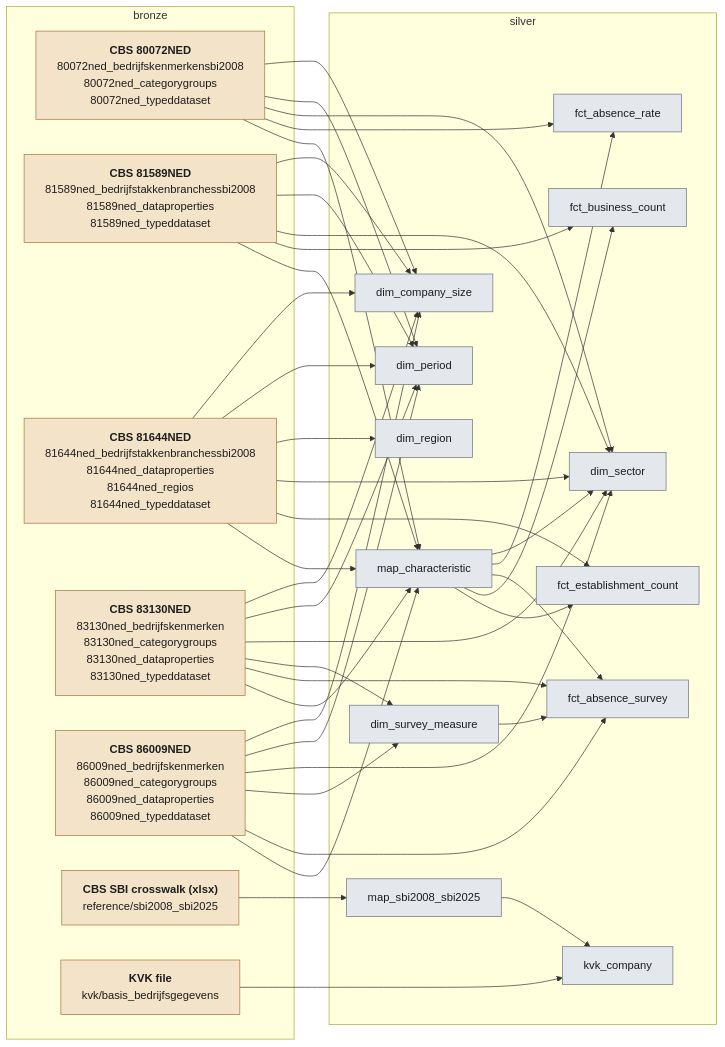
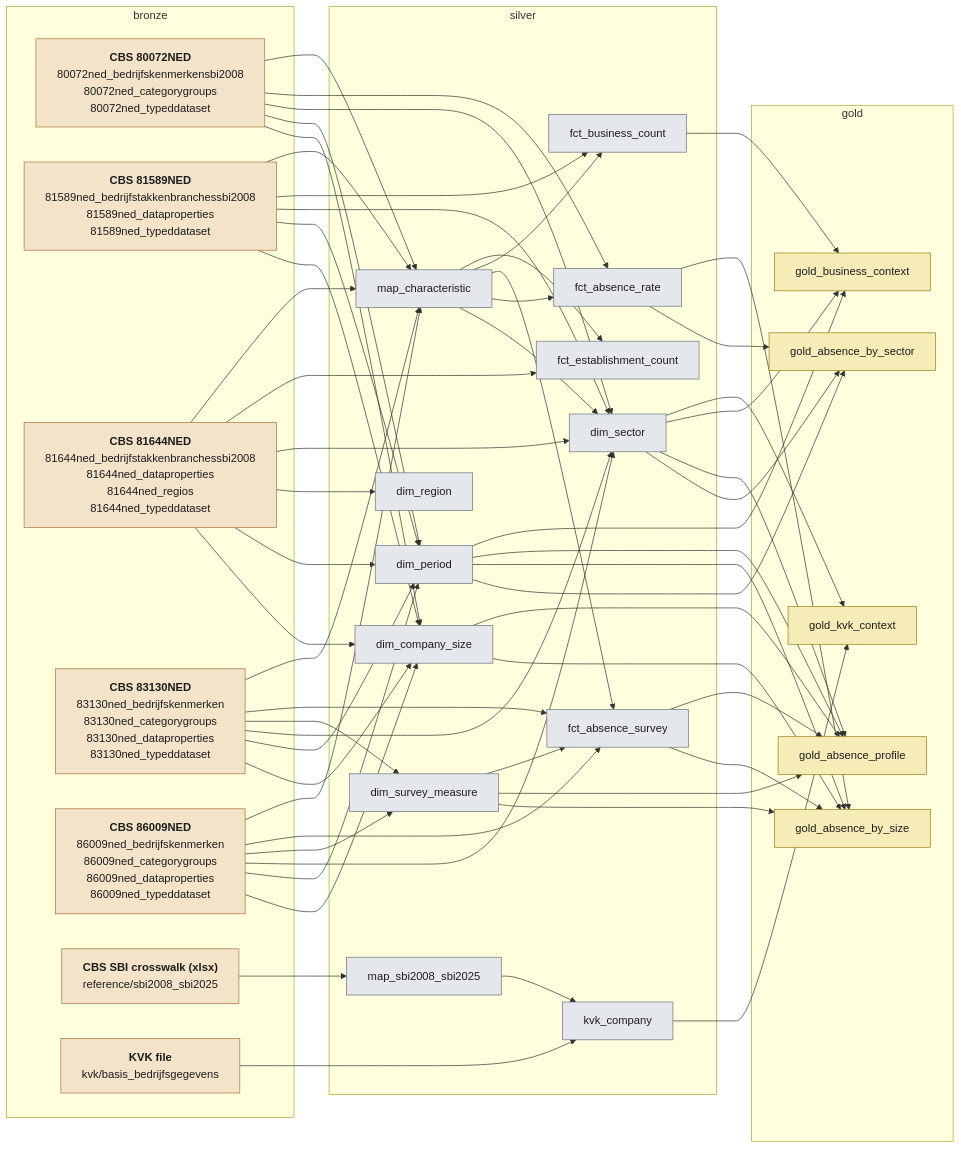
Before and after one commit to stefancodecommit/AOV_Lakehouse: the first of 18 diagrams in docs/lineage.md, drawn with Mermaid. The commit also changed other lines of this file and 9 other files, not shown here.

First line of the commit message:
Column lineage silver -> gold: follow a bronze field to the dashboard tables

````diff
--- a/docs/lineage.md
+++ b/docs/lineage.md
@@ -43,7 +43,32 @@
     n_silver_fct_establishment_count["fct_establishment_count"]:::silver
     n_silver_kvk_company["kvk_company"]:::silver
   end
+  subgraph gold_layer["gold"]
+    n_gold_gold_absence_by_sector["gold_absence_by_sector"]:::gold
+    n_gold_gold_absence_by_size["gold_absence_by_size"]:::gold
+    n_gold_gold_absence_profile["gold_absence_profile"]:::gold
+    n_gold_gold_business_context["gold_business_context"]:::gold
+    n_gold_gold_kvk_context["gold_kvk_context"]:::gold
+  end
+  n_silver_dim_company_size --> n_gold_gold_absence_by_size
+  n_silver_dim_company_size --> n_gold_gold_absence_profile
+  n_silver_dim_period --> n_gold_gold_absence_by_sector
+  n_silver_dim_period --> n_gold_gold_absence_by_size
+  n_silver_dim_period --> n_gold_gold_absence_profile
+  n_silver_dim_period --> n_gold_gold_business_context
+  n_silver_dim_sector --> n_gold_gold_absence_by_sector
+  n_silver_dim_sector --> n_gold_gold_absence_profile
+  n_silver_dim_sector --> n_gold_gold_business_context
+  n_silver_dim_sector --> n_gold_gold_kvk_context
+  n_silver_dim_survey_measure --> n_gold_gold_absence_by_size
+  n_silver_dim_survey_measure --> n_gold_gold_absence_profile
   n_silver_dim_survey_measure --> n_silver_fct_absence_survey
+  n_silver_fct_absence_rate --> n_gold_gold_absence_by_sector
+  n_silver_fct_absence_rate --> n_gold_gold_absence_by_size
+  n_silver_fct_absence_survey --> n_gold_gold_absence_by_size
+  n_silver_fct_absence_survey --> n_gold_gold_absence_profile
+  n_silver_fct_business_count --> n_gold_gold_business_context
+  n_silver_kvk_company --> n_gold_gold_kvk_context
   n_silver_map_characteristic --> n_silver_dim_sector
   n_silver_map_characteristic --> n_silver_fct_absence_rate
   n_silver_map_characteristic --> n_silver_fct_absence_survey
@@ -82,6 +107,7 @@
   n_source_KVK_file --> n_silver_kvk_company
   classDef bronze fill:#f3e3c9,stroke:#a8743a,color:#1d1d1d
   classDef silver fill:#e4e7ec,stroke:#6b7480,color:#1d1d1d
+  classDef gold fill:#f6ecb8,stroke:#9c7f12,color:#1d1d1d
   classDef silverref fill:#f2f3f5,stroke:#9aa1ab,stroke-dasharray:4 3,color:#1d1d1d
   classDef run fill:#ffffff,stroke:#9aa1ab,color:#52514e
 ```
````
